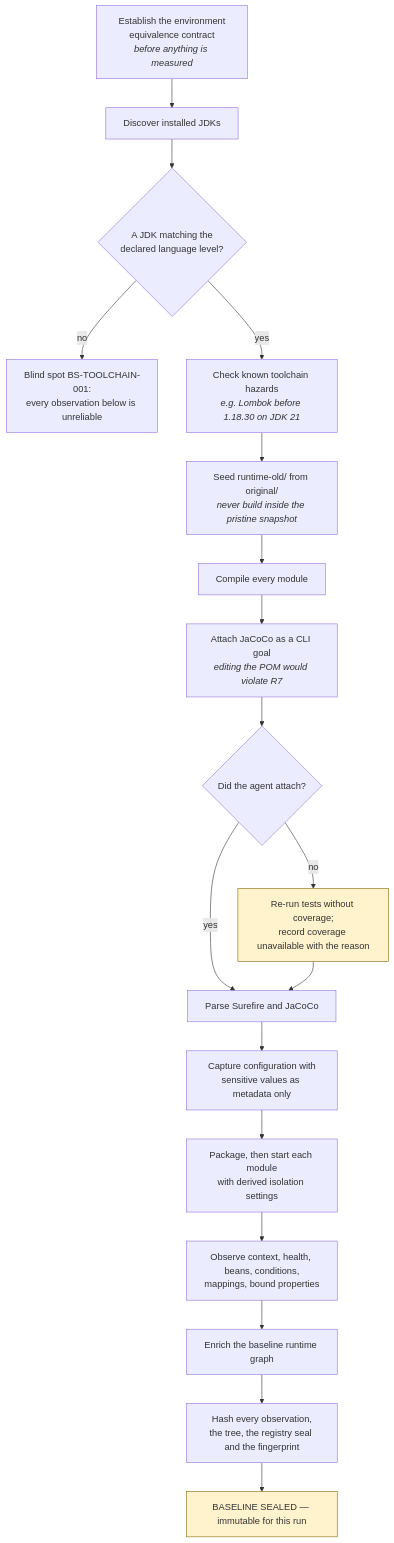
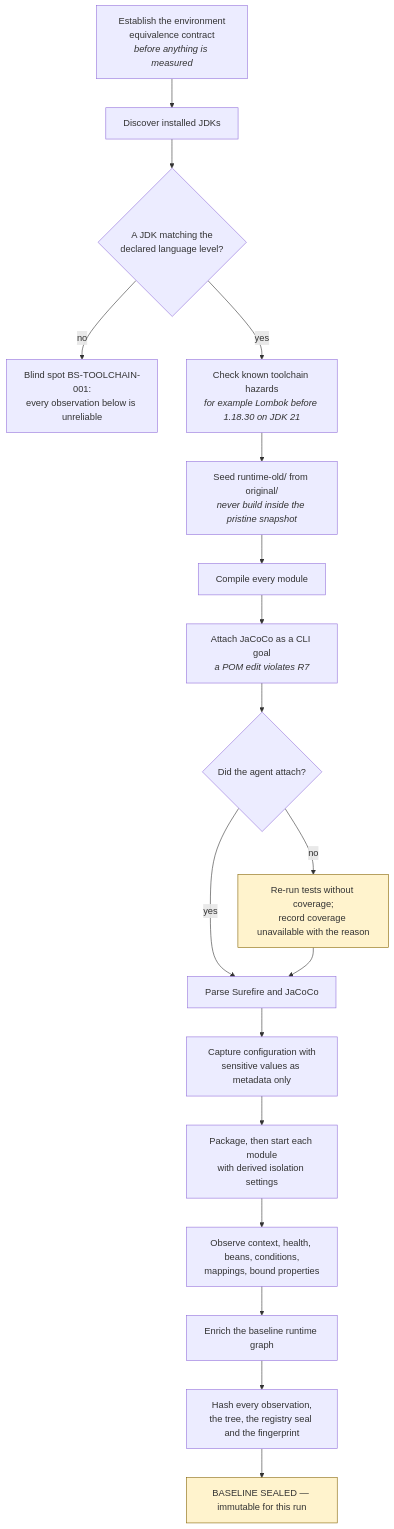
Before and after one commit to KrishnaAnnavaram/bootshift: diagram 14 of 40 in README.md, drawn with Mermaid. The commit also changed other lines of this file and 1 other file, not shown here.

````diff
--- a/README.md
+++ b/README.md
@@ -1079,23 +1333,23 @@
 ```mermaid
 flowchart TD
     ENV["Establish the environment<br/>equivalence contract<br/><i>before anything is measured</i>"] --> TC["Discover installed JDKs"]
     TC --> SEL{"A JDK matching the<br/>declared language level?"}
     SEL -->|no| TCB["Blind spot BS-TOOLCHAIN-001:<br/>every observation below is unreliable"]
-    SEL -->|yes| HAZ["Check known toolchain hazards<br/><i>e.g. Lombok before 1.18.30 on JDK 21</i>"]
+    SEL -->|yes| HAZ["Check known toolchain hazards<br/><i>for example Lombok before 1.18.30 on JDK 21</i>"]
     HAZ --> COPY["Seed runtime-old/ from original/<br/><i>never build inside the pristine snapshot</i>"]
     COPY --> BUILD["Compile every module"]
-    BUILD --> TEST["Attach JaCoCo as a CLI goal<br/><i>editing the POM would violate R7</i>"]
+    BUILD --> TEST["Attach JaCoCo as a CLI goal<br/><i>a POM edit violates R7</i>"]
     TEST --> AGENT{"Did the agent attach?"}
     AGENT -->|no| RETRY["Re-run tests without coverage;<br/>record coverage unavailable with the reason"]
     AGENT -->|yes| COV["Parse Surefire and JaCoCo"]
     RETRY --> COV
     COV --> CFG["Capture configuration with<br/>sensitive values as metadata only"]
     CFG --> PKG["Package, then start each module<br/>with derived isolation settings"]
     PKG --> OBS["Observe context, health, beans, conditions,<br/>mappings, bound properties"]
     OBS --> RG["Enrich the baseline runtime graph"]
     RG --> SEAL["Hash every observation,<br/>the tree, the registry seal and the fingerprint"]
     SEAL --> IMMUT["BASELINE SEALED — immutable for this run"]
 
     style RETRY fill:#fff3cd,stroke:#856404
     style IMMUT fill:#fff3cd,stroke:#856404
 ```
````
